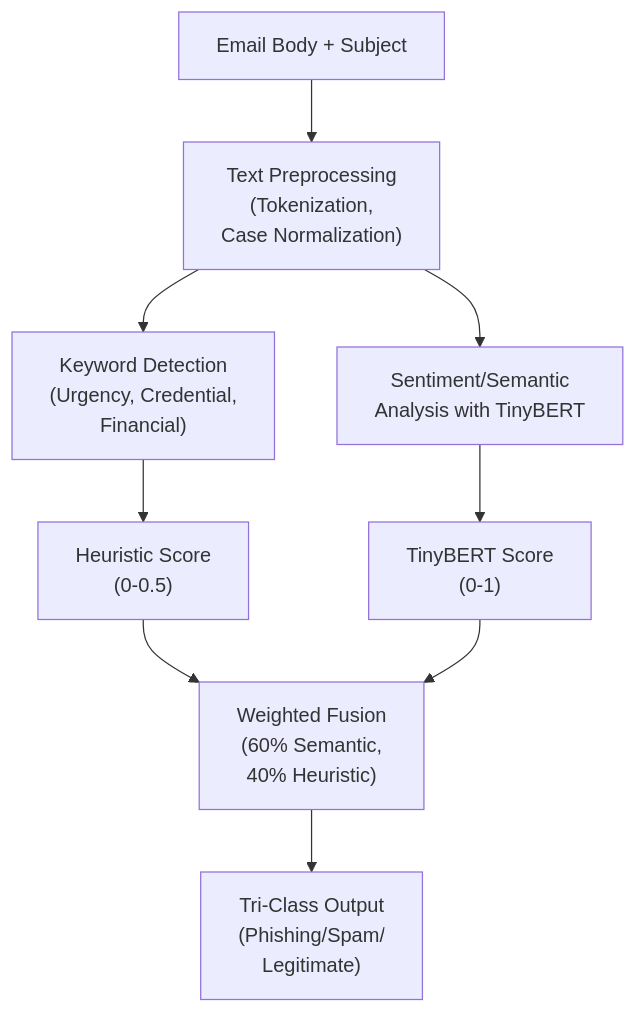
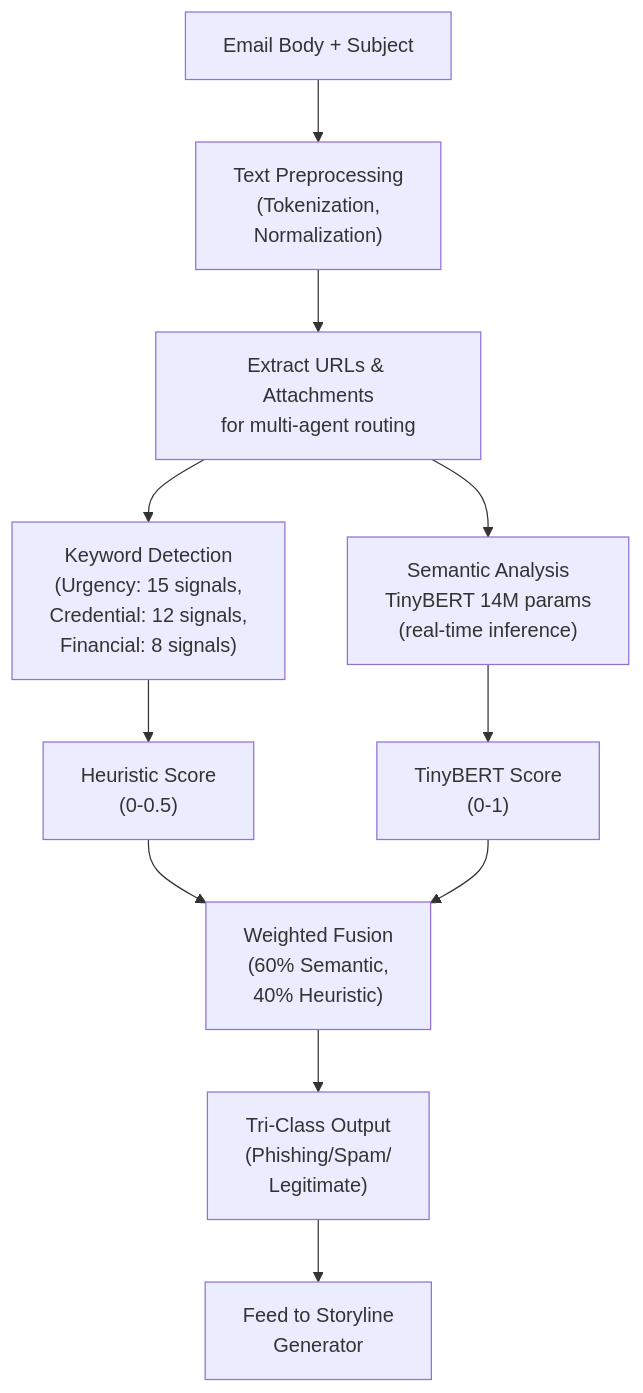
Before and after one commit to mk12002/email_security: the third of 11 diagrams in docs/ELITE_PRESENTATION_CONTENT.md, drawn with Mermaid. The commit also changed other lines of this file, not shown here.

````diff
--- a/docs/ELITE_PRESENTATION_CONTENT.md
+++ b/docs/ELITE_PRESENTATION_CONTENT.md
@@ -163,16 +169,18 @@
 ```mermaid
 graph TB
     BODY["Email Body + Subject"]
-    --> PREP["Text Preprocessing<br/>(Tokenization,<br/>Case Normalization)"]
+    --> PREP1["Text Preprocessing<br/>(Tokenization,<br/>Normalization)"]
+    --> PREP2["Extract URLs & Attachments<br/>for multi-agent routing"]
     
-    PREP --> KWORDS["Keyword Detection<br/>(Urgency, Credential,<br/>Financial)"]
-    PREP --> SENT["Sentiment/Semantic<br/>Analysis with TinyBERT"]
+    PREP2 --> KWORDS["Keyword Detection<br/>(Urgency: 15 signals,<br/>Credential: 12 signals,<br/>Financial: 8 signals)"]
+    PREP2 --> SENT["Semantic Analysis<br/>TinyBERT 14M params<br/>(real-time inference)"]
     
     KWORDS --> SCORE1["Heuristic Score<br/>(0-0.5)"]
     SENT --> SCORE2["TinyBERT Score<br/>(0-1)"]
     
     SCORE1 --> FUSE["Weighted Fusion<br/>(60% Semantic,<br/>40% Heuristic)"]
     SCORE2 --> FUSE
     
-    FUSE --> OUT["Tri-Class Output<br/>(Phishing/Spam/<br/>Legitimate)"]
+    FUSE --> OUT["Tri-Class Output<br/>(Phishing/Spam/<br/>Legitimate)"] 
+    OUT --> NARR["Feed to Storyline<br/>Generator"]
 ```
````
